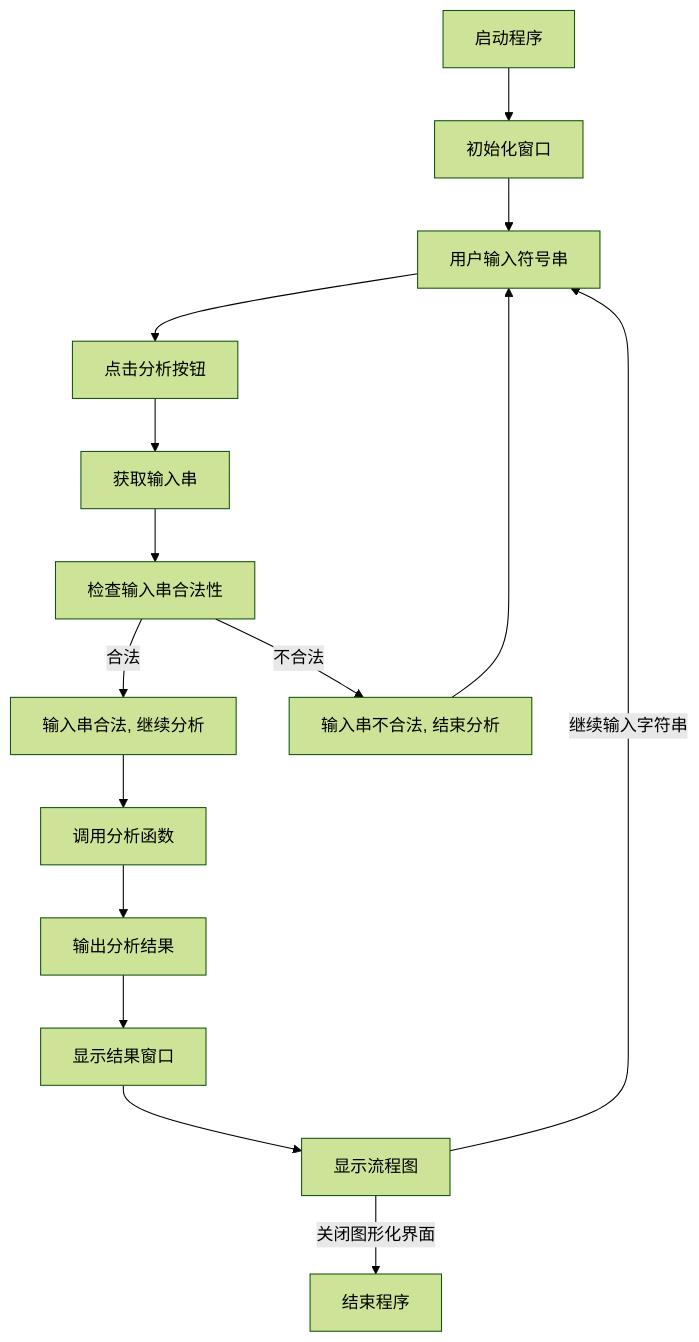
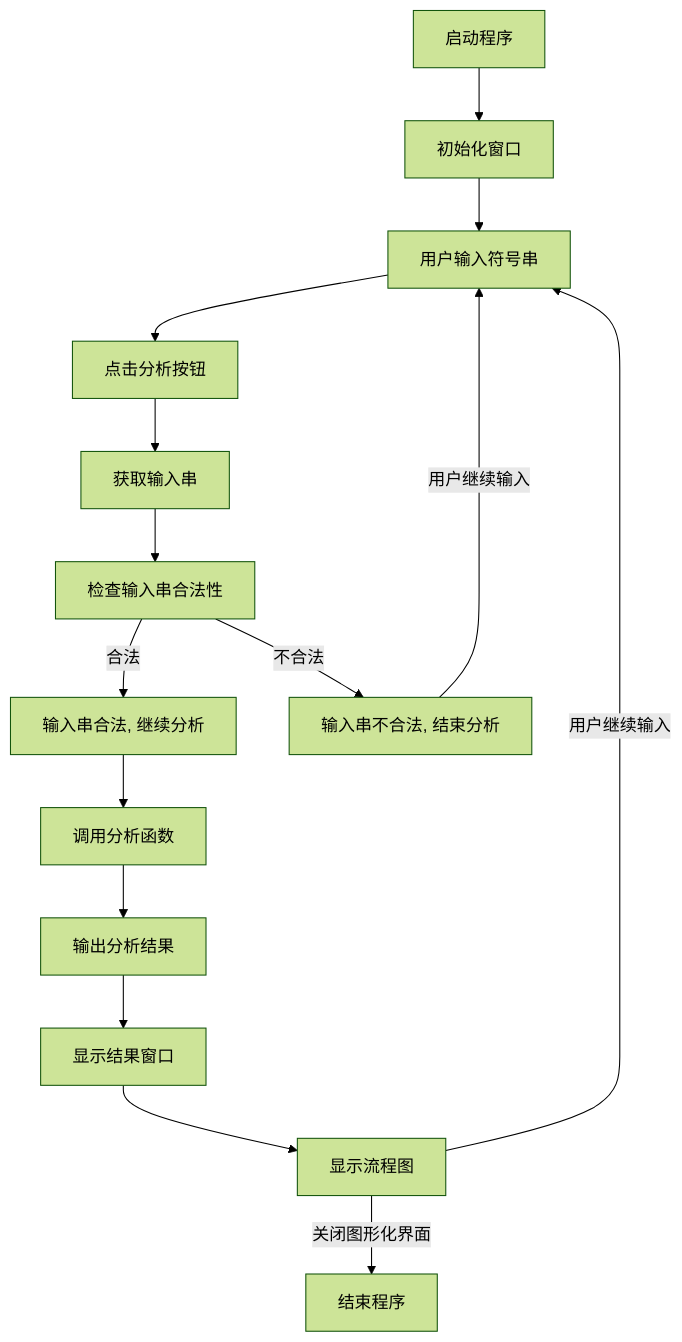
Before and after one commit to IceSniperring/Compilation-principle-homework: the diagram in 语法分析器LL(1).md, drawn with Mermaid (forest theme). The commit also changed 4 other files, not shown here.

Commit message:
modified: "增加了图片，并且修改了些流程"

````diff
--- a/语法分析器LL(1).md
+++ b/语法分析器LL(1).md
@@ -3,15 +3,15 @@
 ```mermaid
 graph TD
     A[启动程序] --> B[初始化窗口]
     B --> C[用户输入符号串]
     C --> D[点击分析按钮]
     D --> E[获取输入串]
     E --> F[检查输入串合法性]
     F --> |合法| G[输入串合法, 继续分析]
-    F --> |不合法| H[输入串不合法, 结束分析] --> C
+    F --> |不合法| H[输入串不合法, 结束分析] --> |用户继续输入|C
     G --> I[调用分析函数]
     I --> J[输出分析结果]
     J --> K[显示结果窗口]
-    K --> L[显示流程图] --> |继续输入字符串|C
+    K --> L[显示流程图] --> |用户继续输入|C
     L --> |关闭图形化界面|M[结束程序]
 ```
````
